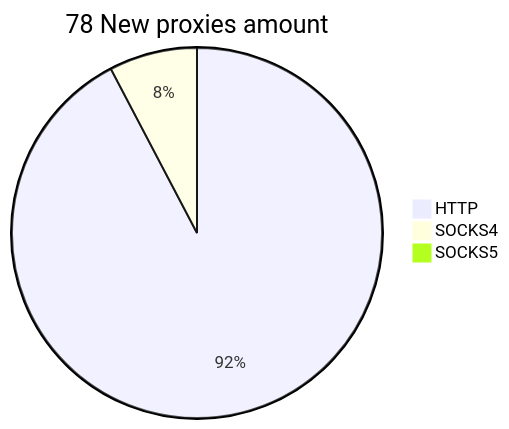
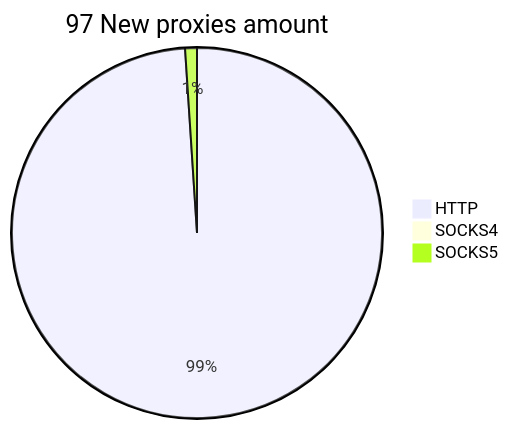
The second of 2 diagrams in README.md (cutipu/proxylist), drawn with Mermaid before and after one commit. The commit also changed other lines of this file, not shown here.

````diff
--- a/README.md
+++ b/README.md
@@ -10,6 +10,6 @@
 ```mermaid
-pie title 78 New proxies amount
-    "HTTP" : 72
-    "SOCKS4" : 6
-    "SOCKS5" : 0
+pie title 97 New proxies amount
+    "HTTP" : 96
+    "SOCKS4" : 0
+    "SOCKS5" : 1
 ```
````
